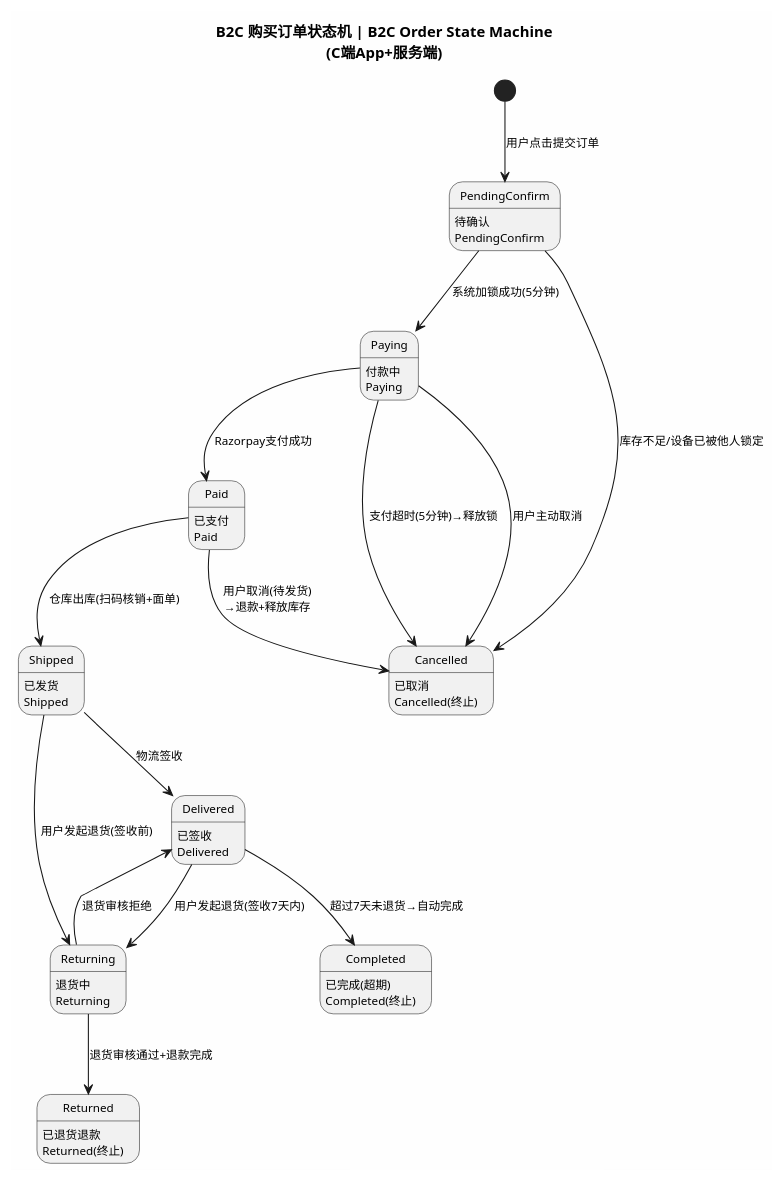
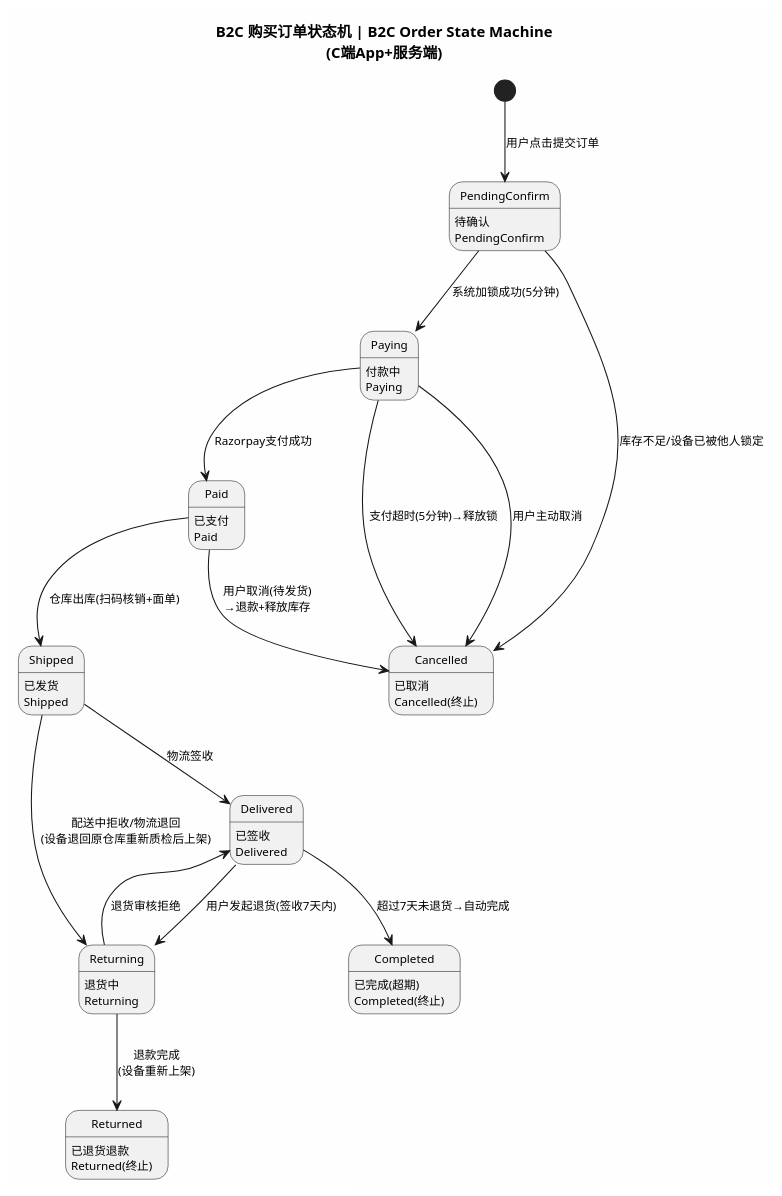
Before and after one commit to zihaoRed/Dobara: the third of 9 diagrams in UML/state_machine_all.puml, drawn with PlantUML. The commit also changed 5 other files, not shown here.

```diff
--- a/UML/state_machine_all.puml
+++ b/UML/state_machine_all.puml
@@ -85,38 +85,38 @@
 @startuml B2C购买订单状态机
 skinparam backgroundColor #FEFEFE
 skinparam defaultFontSize 11
 
 title B2C 购买订单状态机 | B2C Order State Machine\n(C端App+服务端)
 
 [*] --> PendingConfirm : 用户点击提交订单
 
 state PendingConfirm : 待确认\nPendingConfirm
 state Paying : 付款中\nPaying
 state Paid : 已支付\nPaid
 state Shipped : 已发货\nShipped
 state Delivered : 已签收\nDelivered
 state Returning : 退货中\nReturning
 state Returned : 已退货退款\nReturned(终止)
 state Cancelled : 已取消\nCancelled(终止)
 state Completed : 已完成(超期)\nCompleted(终止)
 
 PendingConfirm --> Paying : 系统加锁成功(5分钟)
 PendingConfirm --> Cancelled : 库存不足/设备已被他人锁定
 
 Paying --> Paid : Razorpay支付成功
 Paying --> Cancelled : 支付超时(5分钟)→释放锁
 Paying --> Cancelled : 用户主动取消
 
 Paid --> Shipped : 仓库出库(扫码核销+面单)
 Paid --> Cancelled : 用户取消(待发货)\n→退款+释放库存
 
 Shipped --> Delivered : 物流签收
-Shipped --> Returning : 用户发起退货(签收前)
+Shipped --> Returning : 配送中拒收/物流退回\n(设备退回原仓库重新质检后上架)
 
 Delivered --> Returning : 用户发起退货(签收7天内)
 Delivered --> Completed : 超过7天未退货→自动完成
 
-Returning --> Returned : 退货审核通过+退款完成
+Returning --> Returned : 退款完成\n(设备重新上架)
 Returning --> Delivered : 退货审核拒绝
 
 @enduml
```
